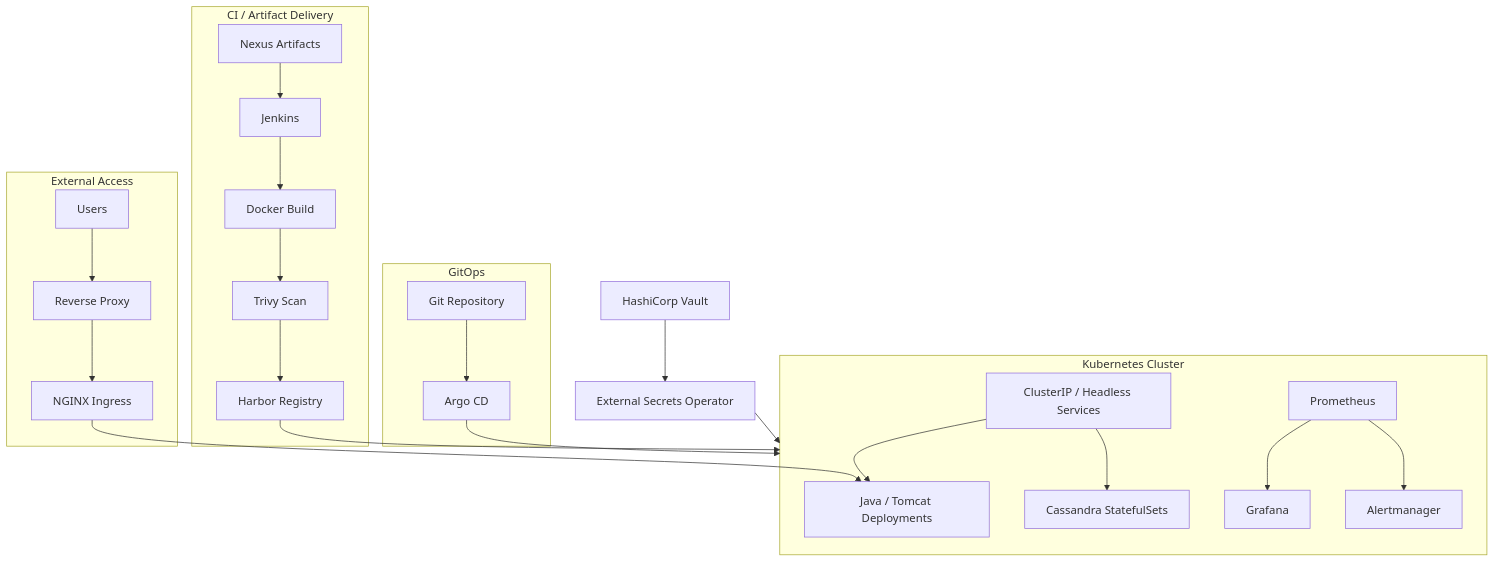
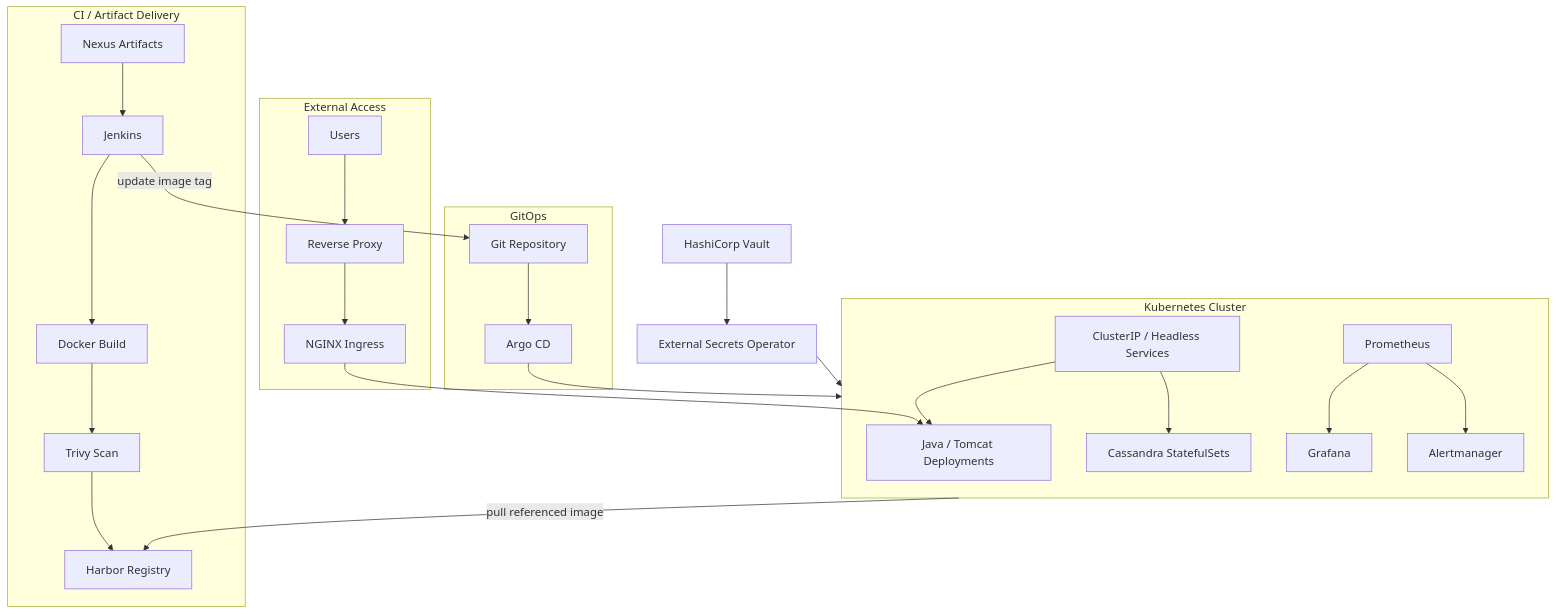
One commit to Mechida-Aymen/kubernetes-gitops-case-study changed the diagram in diagrams/high-level-architecture.md. Above: the diagram before and after it, drawn with Mermaid. The commit also changed other lines of this file, not shown here.

Commit message:
Clarify Harbor and GitOps image promotion flow

````diff
--- a/diagrams/high-level-architecture.md
+++ b/diagrams/high-level-architecture.md
@@ -3,45 +3,46 @@
 ```mermaid
 flowchart TB
     subgraph Delivery["CI / Artifact Delivery"]
       NEXUS[Nexus Artifacts]
       JENKINS[Jenkins]
       BUILD[Docker Build]
       TRIVY[Trivy Scan]
       HARBOR[Harbor Registry]
       NEXUS --> JENKINS --> BUILD --> TRIVY --> HARBOR
     end
 
     subgraph GitOps["GitOps"]
       GIT[Git Repository]
       ARGO[Argo CD]
       GIT --> ARGO
     end
 
     subgraph Access["External Access"]
       USERS[Users]
       RP[Reverse Proxy]
       INGRESS[NGINX Ingress]
       USERS --> RP --> INGRESS
     end
 
     subgraph K8S["Kubernetes Cluster"]
       APP[Java / Tomcat Deployments]
       CASS[Cassandra StatefulSets]
       SERVICES[ClusterIP / Headless Services]
       PROM[Prometheus]
       GRAF[Grafana]
       ALERT[Alertmanager]
 
       INGRESS --> APP
       SERVICES --> APP
       SERVICES --> CASS
       PROM --> GRAF
       PROM --> ALERT
     end
 
-    HARBOR --> K8S
+    JENKINS -->|update image tag| GIT
     ARGO --> K8S
+    K8S -->|pull referenced image| HARBOR
 
     VAULT[HashiCorp Vault] --> ESO[External Secrets Operator]
     ESO --> K8S
 ```
````
